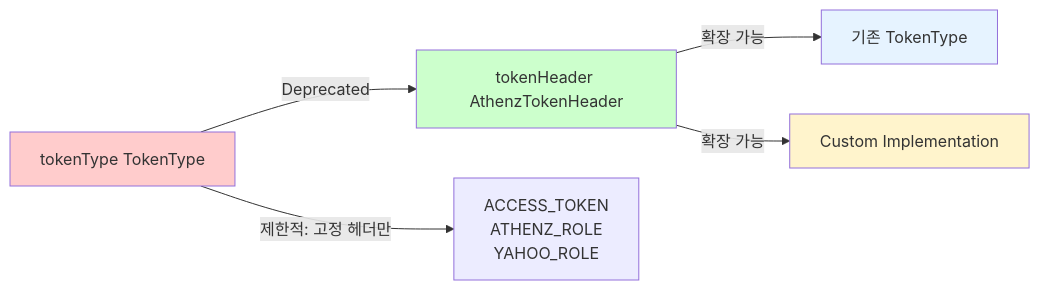
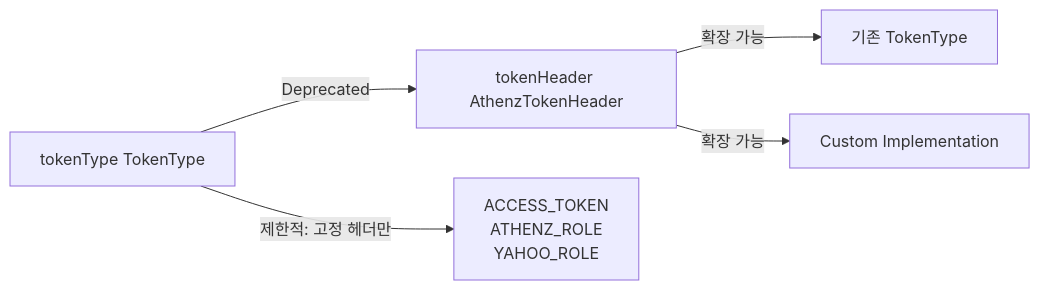
One commit to JAEKWANG97/JAEKWANG97.github.io changed the second of 4 diagrams in _posts/2026-03-07-line-armeria-athenz-token-header-contribution.md. Above: the diagram before and after it, drawn with Mermaid. The commit also changed other lines of this file and 1 other file, not shown here.

````diff
--- a/_posts/2026-03-07-line-armeria-athenz-token-header-contribution.md
+++ b/_posts/2026-03-07-line-armeria-athenz-token-header-contribution.md
@@ -142,12 +144,7 @@
 ```mermaid
 graph LR
     A[tokenType TokenType] -->|Deprecated| B[tokenHeader AthenzTokenHeader]
     A -->|제한적: 고정 헤더만| C[ACCESS_TOKEN<br/>ATHENZ_ROLE<br/>YAHOO_ROLE]
     B -->|확장 가능| D[기존 TokenType]
     B -->|확장 가능| E[Custom Implementation]
-    
-    style A fill:#ffcccc
-    style B fill:#ccffcc
-    style D fill:#e6f3ff
-    style E fill:#fff4cc
 ```
````
